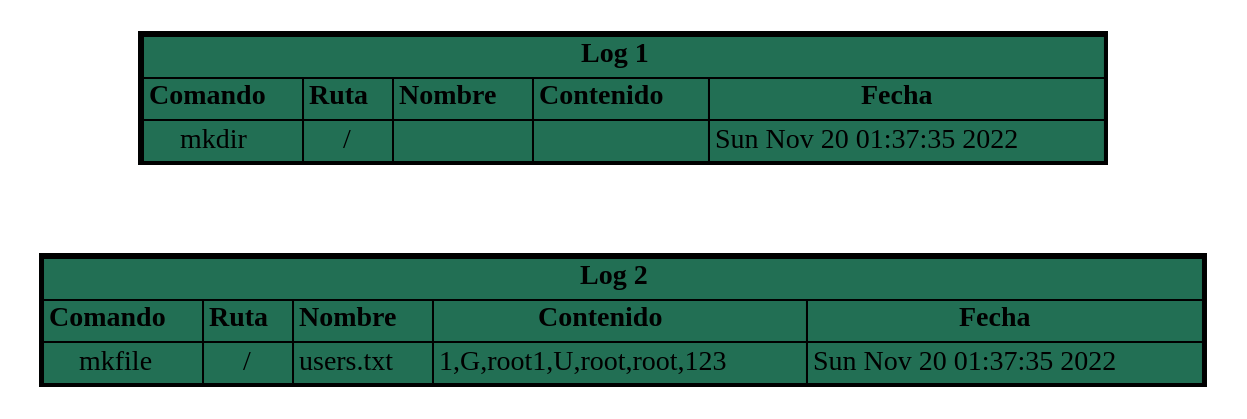
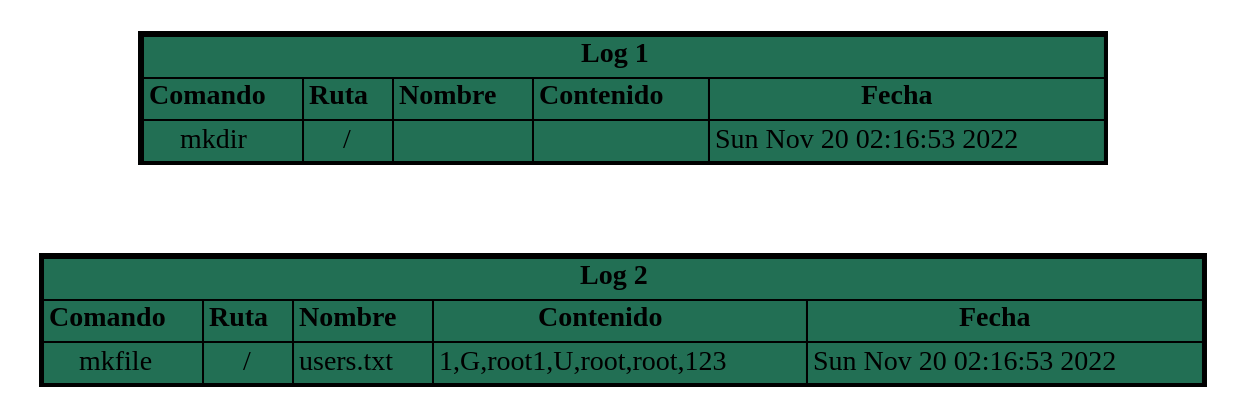
Before and after one commit to JJONK19/-MIA-P1_201909035: the diagram in grafo.dot, drawn with Graphviz. The commit also changed 4 other files, not shown here.

```diff
--- a/grafo.dot
+++ b/grafo.dot
@@ -1,13 +1,13 @@
 digraph G { 
  rankdir = TB; node[shape = plaintext]; 
 LOG1[ label = <<TABLE BORDER='2' CELLBORDER='1' CELLSPACING='0' BGCOLOR='#226f54'>
 <TR><TD colspan ='5' ><b>Log 1</b></TD></TR>
-<TR><TD><b>Comando</b></TD><TD><b>Ruta</b></TD><TD><b>Nombre</b></TD><TD><b>Contenido</b></TD><TD><b>Fecha</b></TD></TR><TR><TD>mkdir</TD><TD>/</TD><TD></TD><TD></TD><TD>Sun Nov 20 01:37:35 2022
+<TR><TD><b>Comando</b></TD><TD><b>Ruta</b></TD><TD><b>Nombre</b></TD><TD><b>Contenido</b></TD><TD><b>Fecha</b></TD></TR><TR><TD>mkdir</TD><TD>/</TD><TD></TD><TD></TD><TD>Sun Nov 20 02:16:53 2022
 </TD></TR></TABLE>>];
 LOG2[ label = <<TABLE BORDER='2' CELLBORDER='1' CELLSPACING='0' BGCOLOR='#226f54'>
 <TR><TD colspan ='5' ><b>Log 2</b></TD></TR>
 <TR><TD><b>Comando</b></TD><TD><b>Ruta</b></TD><TD><b>Nombre</b></TD><TD><b>Contenido</b></TD><TD><b>Fecha</b></TD></TR><TR><TD>mkfile</TD><TD>/</TD><TD>users.txt</TD><TD>1,G,root
 1,U,root,root,123
-</TD><TD>Sun Nov 20 01:37:35 2022
+</TD><TD>Sun Nov 20 02:16:53 2022
 </TD></TR></TABLE>>];
 LOG1->LOG2[color = white]}
```
